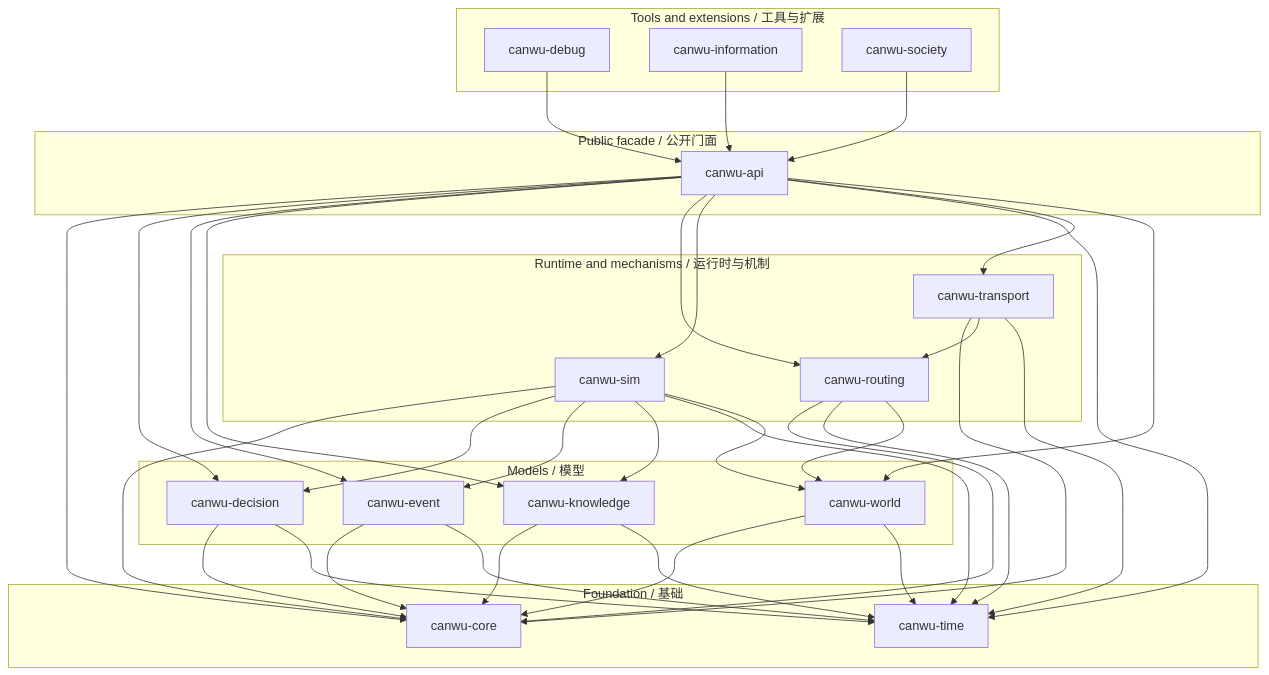
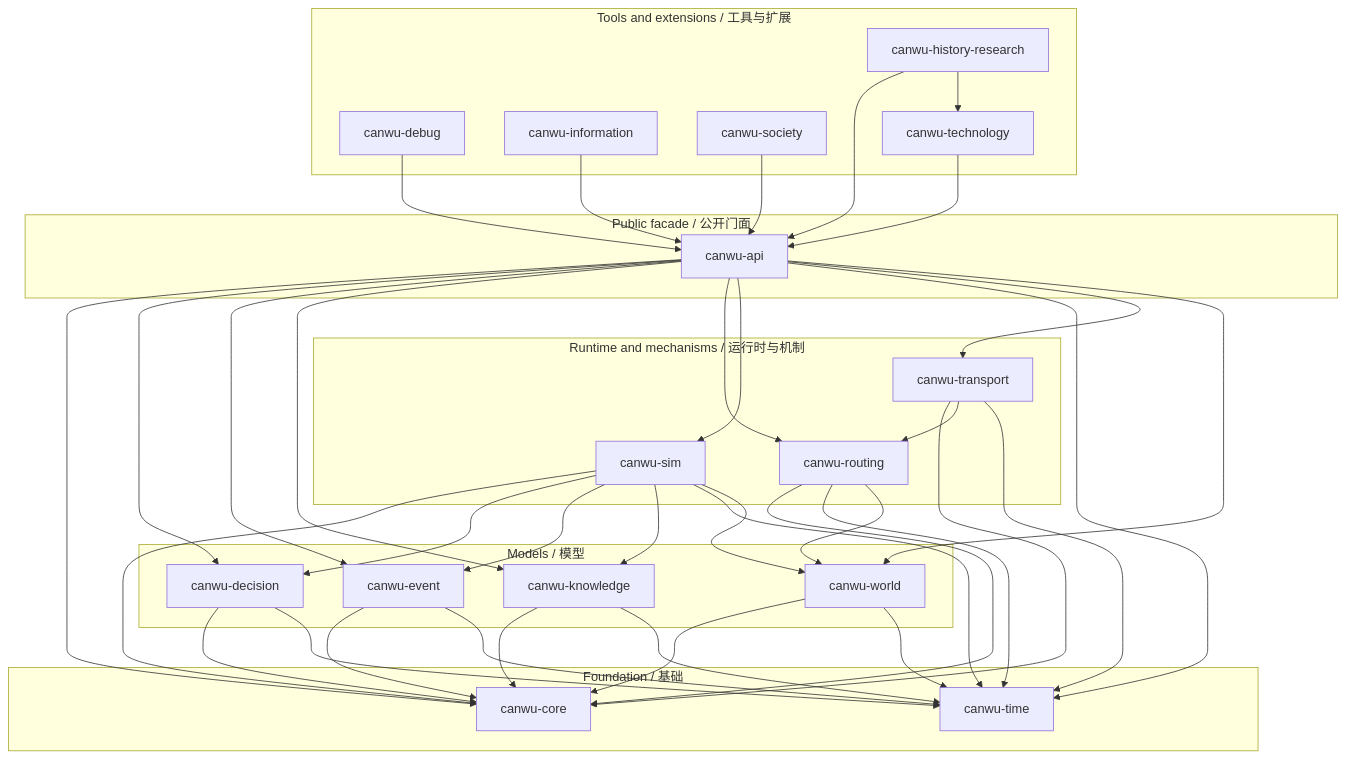
One commit to PeiyuanQi/canwu changed the third of 6 diagrams in docs/architecture.md. Above: the diagram before and after it, drawn with Mermaid. The commit also changed other lines of this file and 49 other files, not shown here.

````diff
--- a/docs/architecture.md
+++ b/docs/architecture.md
@@ -129,68 +129,73 @@
 ```mermaid
 flowchart TB
     subgraph ToolsExtensions["Tools and extensions / 工具与扩展"]
         Debug["canwu-debug"]
         Information["canwu-information"]
         Society["canwu-society"]
+        Technology["canwu-technology"]
+        History["canwu-history-research"]
     end
 
     subgraph Facade["Public facade / 公开门面"]
         Api["canwu-api"]
     end
 
     subgraph RuntimeMechanisms["Runtime and mechanisms / 运行时与机制"]
         Sim["canwu-sim"]
         Transport["canwu-transport"]
         Routing["canwu-routing"]
     end
 
     subgraph Models["Models / 模型"]
         Decision["canwu-decision"]
         Event["canwu-event"]
         Knowledge["canwu-knowledge"]
         World["canwu-world"]
     end
 
     subgraph Foundation["Foundation / 基础"]
         Core["canwu-core"]
         Time["canwu-time"]
     end
 
     Debug --> Api
     Information --> Api
     Society --> Api
+    Technology --> Api
+    History --> Api
+    History --> Technology
 
     Api --> Core
     Api --> Decision
     Api --> Event
     Api --> Knowledge
     Api --> Routing
     Api --> Sim
     Api --> Time
     Api --> Transport
     Api --> World
 
     Sim --> Core
     Sim --> Decision
     Sim --> Event
     Sim --> Knowledge
     Sim --> Time
     Sim --> World
 
     Transport --> Core
     Transport --> Routing
     Transport --> Time
 
     Routing --> Core
     Routing --> Time
     Routing --> World
 
     Decision --> Core
     Decision --> Time
     Event --> Core
     Event --> Time
     Knowledge --> Core
     Knowledge --> Time
     World --> Core
     World --> Time
 ```
````
